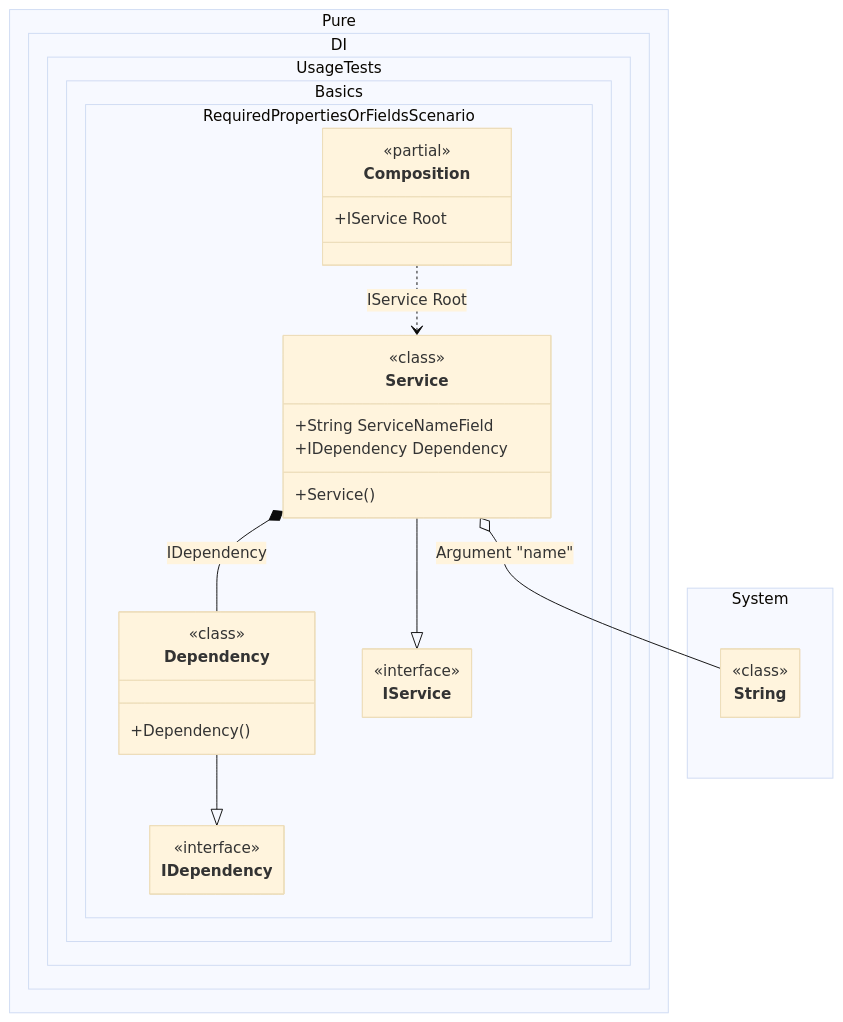
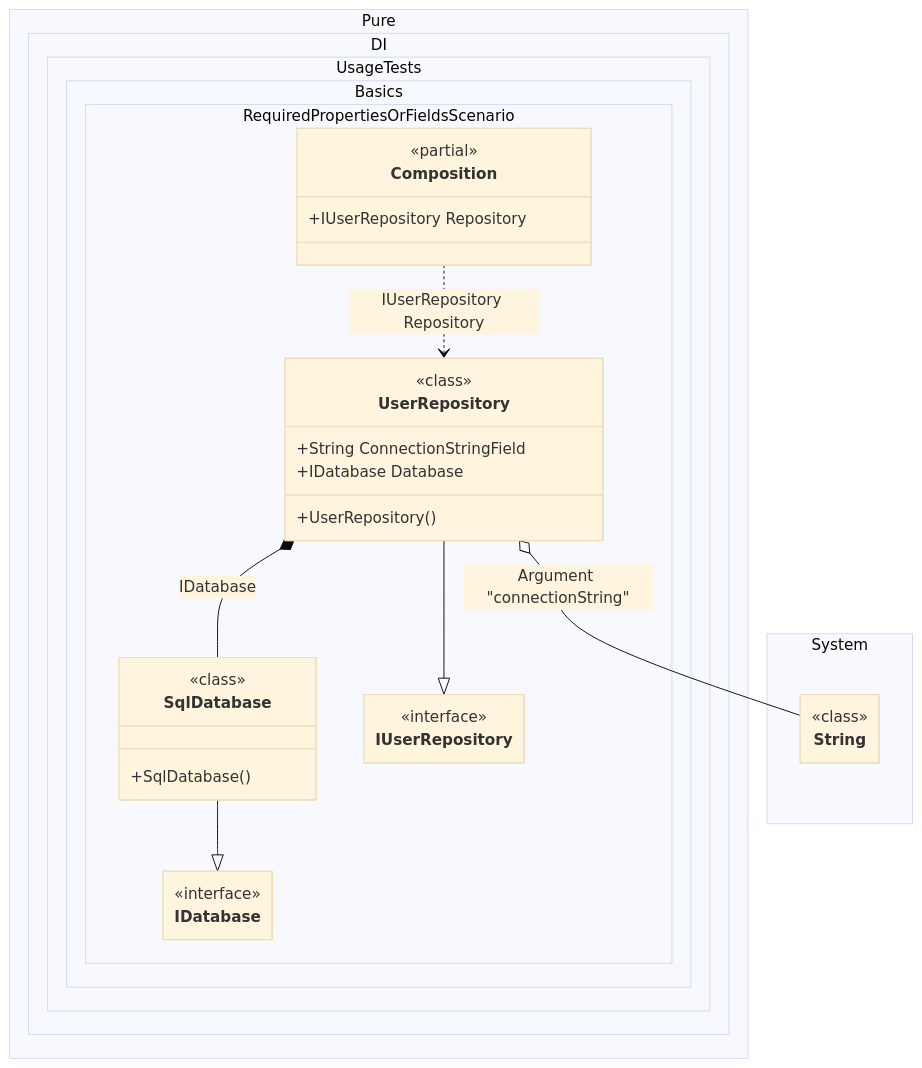
One commit to DevTeam/Pure.DI changed the diagram in readme/required-properties-or-fields.md. Above: the diagram before and after it, drawn with Mermaid (base theme). The commit also changed other lines of this file and 126 other files, not shown here.

````diff
--- a/readme/required-properties-or-fields.md
+++ b/readme/required-properties-or-fields.md
@@ -122,42 +126,42 @@
 ```mermaid
 ---
  config:
   maxTextSize: 2147483647
   maxEdges: 2147483647
   class:
    hideEmptyMembersBox: true
 ---
 classDiagram
-	Dependency --|> IDependency
-	Service --|> IService
-	Composition ..> Service : IService Root
-	Service o-- String : Argument "name"
-	Service *--  Dependency : IDependency
+	SqlDatabase --|> IDatabase
+	UserRepository --|> IUserRepository
+	Composition ..> UserRepository : IUserRepository Repository
+	UserRepository o-- String : Argument "connectionString"
+	UserRepository *--  SqlDatabase : IDatabase
 	namespace Pure.DI.UsageTests.Basics.RequiredPropertiesOrFieldsScenario {
 		class Composition {
 		<<partial>>
-		+IService Root
+		+IUserRepository Repository
 		}
-		class Dependency {
-				<<class>>
-			+Dependency()
-		}
-		class IDependency {
+		class IDatabase {
 			<<interface>>
 		}
-		class IService {
+		class IUserRepository {
 			<<interface>>
 		}
-		class Service {
+		class SqlDatabase {
 				<<class>>
-			+Service()
-			+String ServiceNameField
-			+IDependency Dependency
+			+SqlDatabase()
+		}
+		class UserRepository {
+				<<class>>
+			+UserRepository()
+			+String ConnectionStringField
+			+IDatabase Database
 		}
 	}
 	namespace System {
 		class String {
 				<<class>>
 		}
 	}
 ```
````
